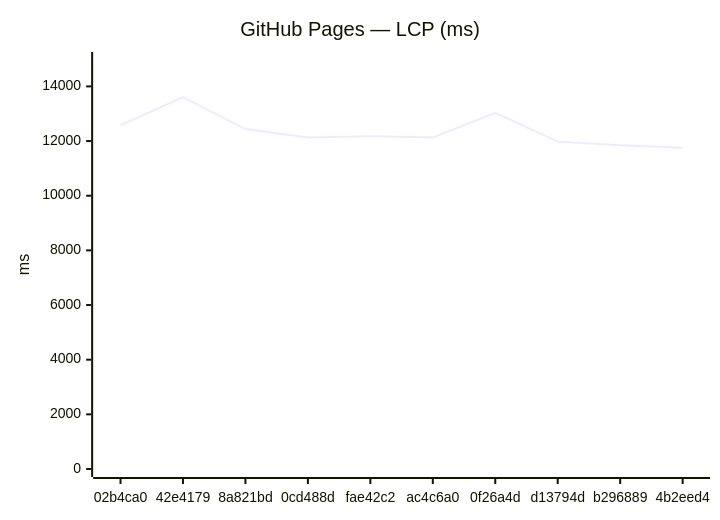
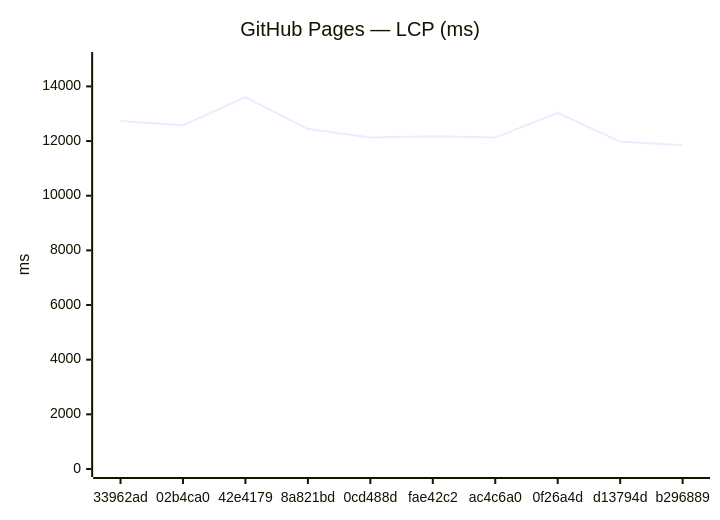
Before and after one commit to Metaheurist/Rianell: the third of 18 diagrams in benchmarks/compare.md, drawn with Mermaid. The commit also changed other lines of this file and 11 other files, not shown here.

````diff
--- a/benchmarks/compare.md
+++ b/benchmarks/compare.md
@@ -54,7 +54,7 @@
 ```mermaid
 xychart-beta
     title "GitHub Pages — LCP (ms)"
-    x-axis ["02b4ca0", "42e4179", "8a821bd", "0cd488d", "fae42c2", "ac4c6a0", "0f26a4d", "d13794d", "b296889", "4b2eed4"]
+    x-axis ["33962ad", "02b4ca0", "42e4179", "8a821bd", "0cd488d", "fae42c2", "ac4c6a0", "0f26a4d", "d13794d", "b296889"]
     y-axis "ms" 0 --> 14966
-    line [12578, 13605, 12438, 12126, 12180, 12127, 13036, 11979, 11847, 11759]
+    line [12738, 12578, 13605, 12438, 12126, 12180, 12127, 13036, 11979, 11847]
 ```
````
